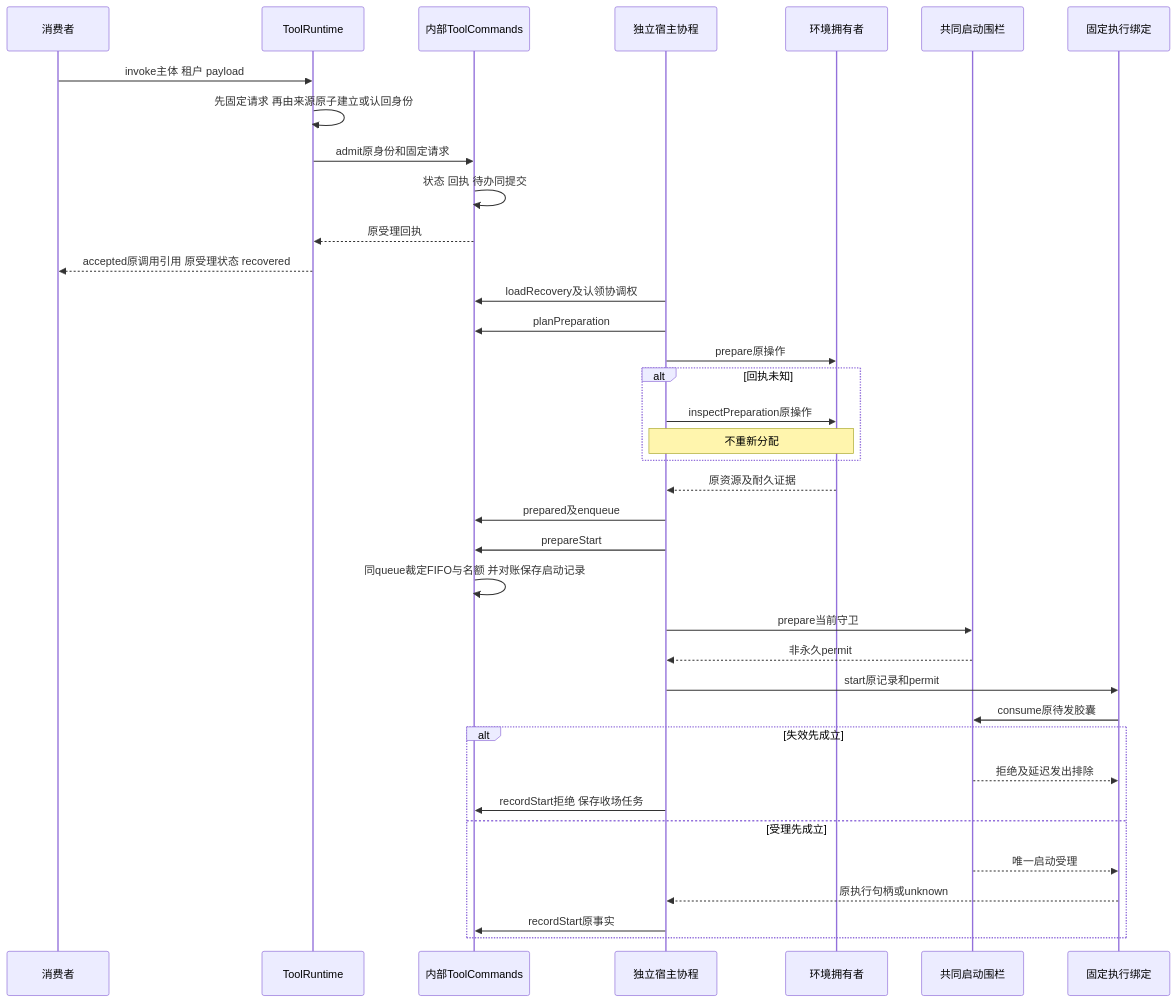
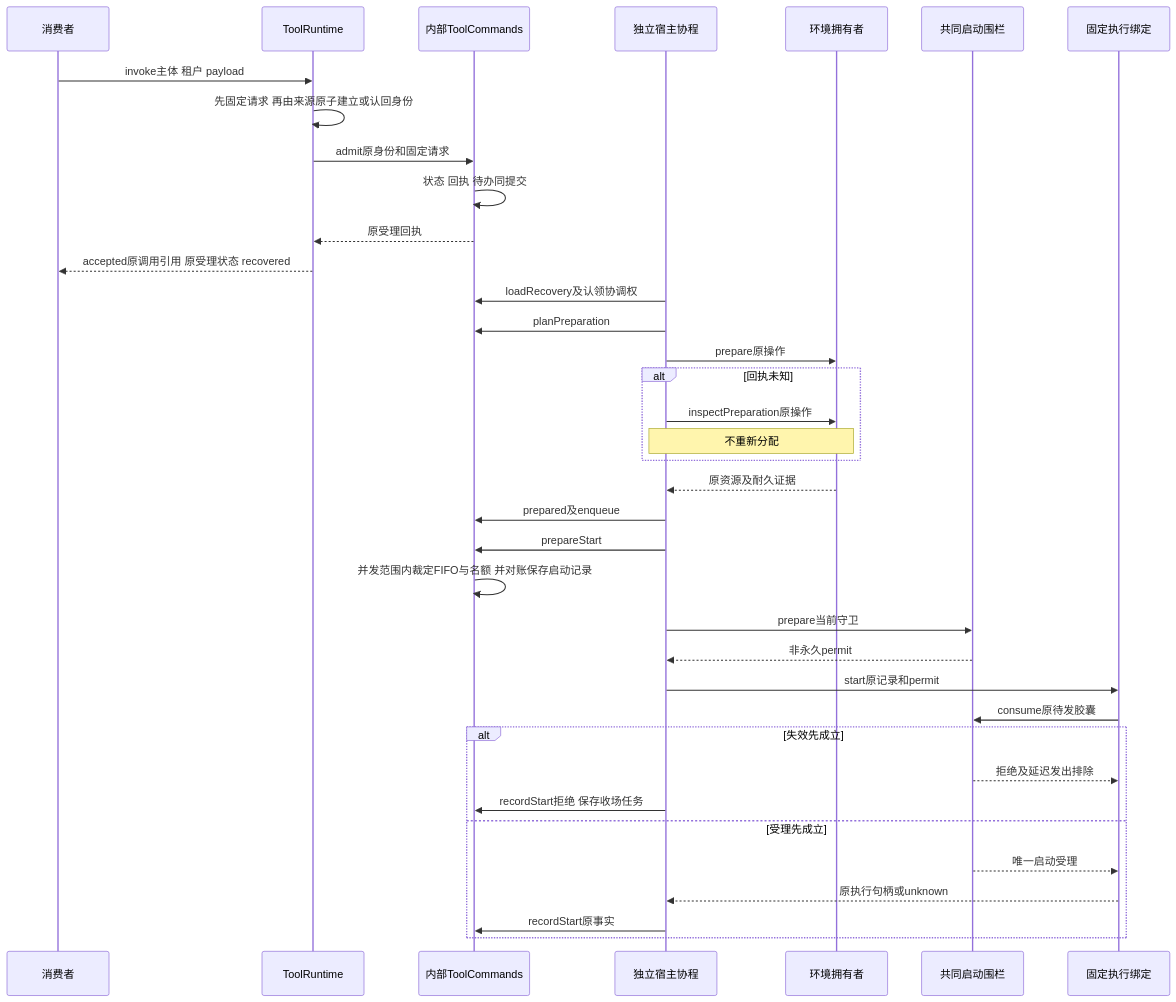
The sixth of 17 diagrams in packages/tool/tool-contract/docs/flows.md (nemori-ai/omne-harness-lite), drawn with Mermaid before and after one commit. The commit also changed other lines of this file and 786 other files, not shown here.

````diff
--- a/packages/tool/tool-contract/docs/flows.md
+++ b/packages/tool/tool-contract/docs/flows.md
@@ -255,39 +255,39 @@
 ```mermaid
 sequenceDiagram
     participant C as 消费者
     participant R as ToolRuntime
     participant T as 内部ToolCommands
     participant H as 独立宿主协程
     participant E as 环境拥有者
     participant A as 共同启动围栏
     participant X as 固定执行绑定
     C->>R: invoke主体 租户 payload
     R->>R: 先固定请求 再由来源原子建立或认回身份
     R->>T: admit原身份和固定请求
     T->>T: 状态 回执 待办同提交
     T-->>R: 原受理回执
     R-->>C: accepted原调用引用 原受理状态 recovered
     H->>T: loadRecovery及认领协调权
     H->>T: planPreparation
     H->>E: prepare原操作
     alt 回执未知
         H->>E: inspectPreparation原操作
         Note over H,E: 不重新分配
     end
     E-->>H: 原资源及耐久证据
     H->>T: prepared及enqueue
     H->>T: prepareStart
-    T->>T: 同queue裁定FIFO与名额 并对账保存启动记录
+    T->>T: 并发范围内裁定FIFO与名额 并对账保存启动记录
     H->>A: prepare当前守卫
     A-->>H: 非永久permit
     H->>X: start原记录和permit
     X->>A: consume原待发胶囊
     alt 失效先成立
         A-->>X: 拒绝及延迟发出排除
         H->>T: recordStart拒绝 保存收场任务
     else 受理先成立
         A-->>X: 唯一启动受理
         X-->>H: 原执行句柄或unknown
         H->>T: recordStart原事实
     end
 ```
````
